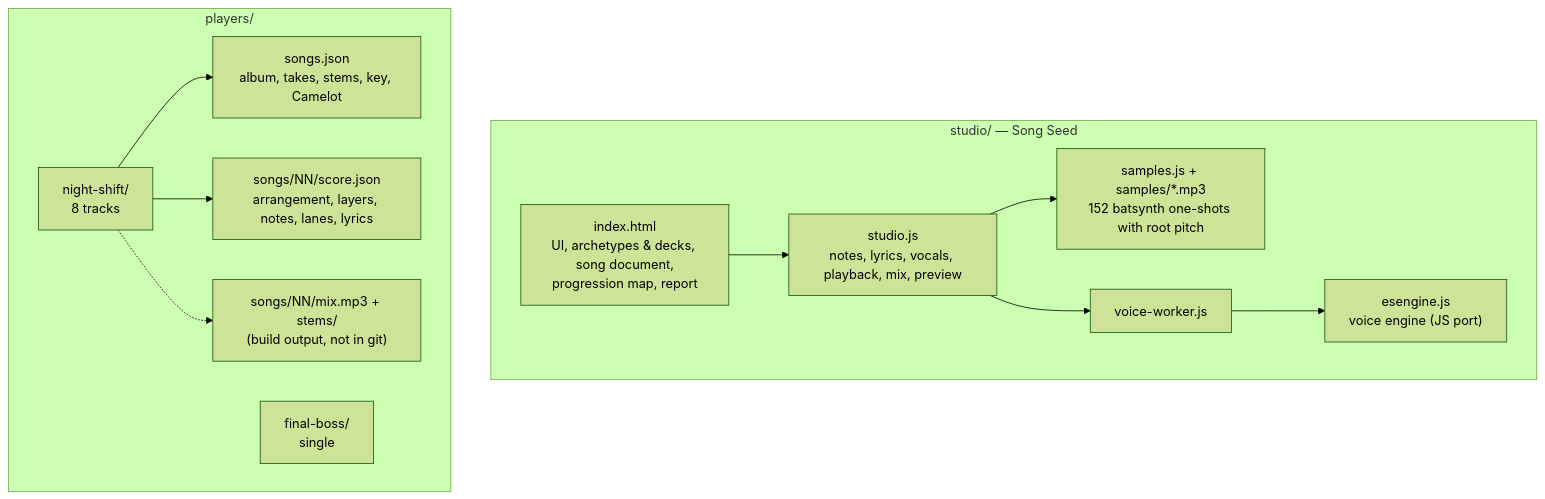
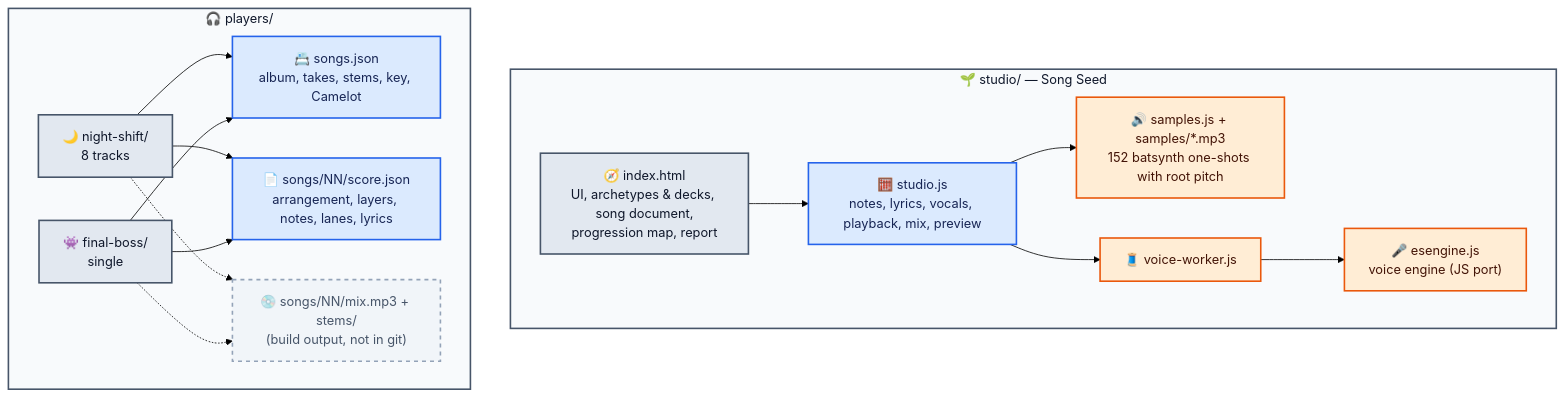
The ninth of 10 diagrams in README.md (MirTheDragon/Electric-Bat-Studio), drawn with Mermaid (forest theme) before and after one commit. The commit also changed other lines of this file, not shown here.

First line of the commit message:
README: colour-coded diagrams, layer key, badges, family and status charts

````diff
--- a/README.md
+++ b/README.md
@@ -344,15 +509,29 @@
 ```mermaid
 flowchart TB
-    subgraph SS["studio/ — Song Seed"]
-        ix["index.html<br/>UI, archetypes & decks, song document,<br/>progression map, report"] --> sj["studio.js<br/>notes, lyrics, vocals, playback, mix, preview"]
-        sj --> smp["samples.js + samples/*.mp3<br/>152 batsynth one-shots with root pitch"]
-        sj --> vw["voice-worker.js"] --> ese["esengine.js<br/>voice engine (JS port)"]
+    subgraph SS["🌱 studio/ — Song Seed"]
+        ix["🧭 index.html<br/>UI, archetypes & decks, song document,<br/>progression map, report"] --> sj["🧮 studio.js<br/>notes, lyrics, vocals, playback, mix, preview"]
+        sj --> smp["🔊 samples.js + samples/*.mp3<br/>152 batsynth one-shots with root pitch"]
+        sj --> vw["🧵 voice-worker.js"] --> ese["🎤 esengine.js<br/>voice engine (JS port)"]
     end
-    subgraph PL["players/"]
-        ns["night-shift/<br/>8 tracks"]
-        fb["final-boss/<br/>single"]
-        ns --> sjson["songs.json<br/>album, takes, stems, key, Camelot"]
-        ns --> score["songs/NN/score.json<br/>arrangement, layers, notes, lanes, lyrics"]
-        ns -.-> audio["songs/NN/mix.mp3 + stems/<br/>(build output, not in git)"]
+    subgraph PL["🎧 players/"]
+        ns["🌙 night-shift/<br/>8 tracks"]
+        fb["👾 final-boss/<br/>single"]
+        ns --> sjson["📇 songs.json<br/>album, takes, stems, key, Camelot"]
+        fb --> sjson
+        ns --> score["📄 songs/NN/score.json<br/>arrangement, layers, notes, lanes, lyrics"]
+        fb --> score
+        ns -.-> audio["💿 songs/NN/mix.mp3 + stems/<br/>(build output, not in git)"]
+        fb -.-> audio
     end
+
+    classDef people fill:#e2e8f0,stroke:#475569,stroke-width:2px,color:#0f172a
+    classDef gen fill:#dbeafe,stroke:#2563eb,stroke-width:2px,color:#172554
+    classDef sound fill:#ffedd5,stroke:#ea580c,stroke-width:2px,color:#431407
+    classDef missing fill:#f1f5f9,stroke:#94a3b8,stroke-width:2px,stroke-dasharray:5 5,color:#475569
+    class ix,ns,fb people
+    class sj,sjson,score gen
+    class smp,vw,ese sound
+    class audio missing
+    style SS fill:#f8fafc,stroke:#475569,stroke-width:2px,color:#0f172a
+    style PL fill:#f8fafc,stroke:#475569,stroke-width:2px,color:#0f172a
 ```
````
